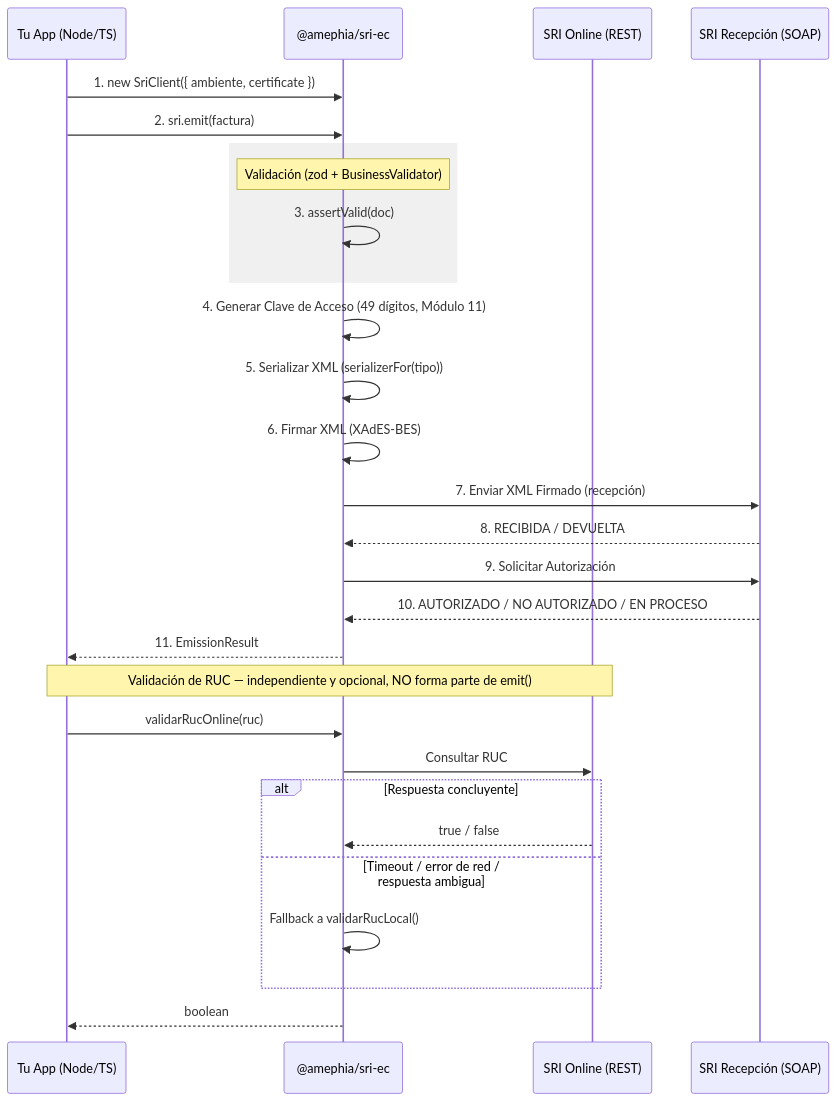
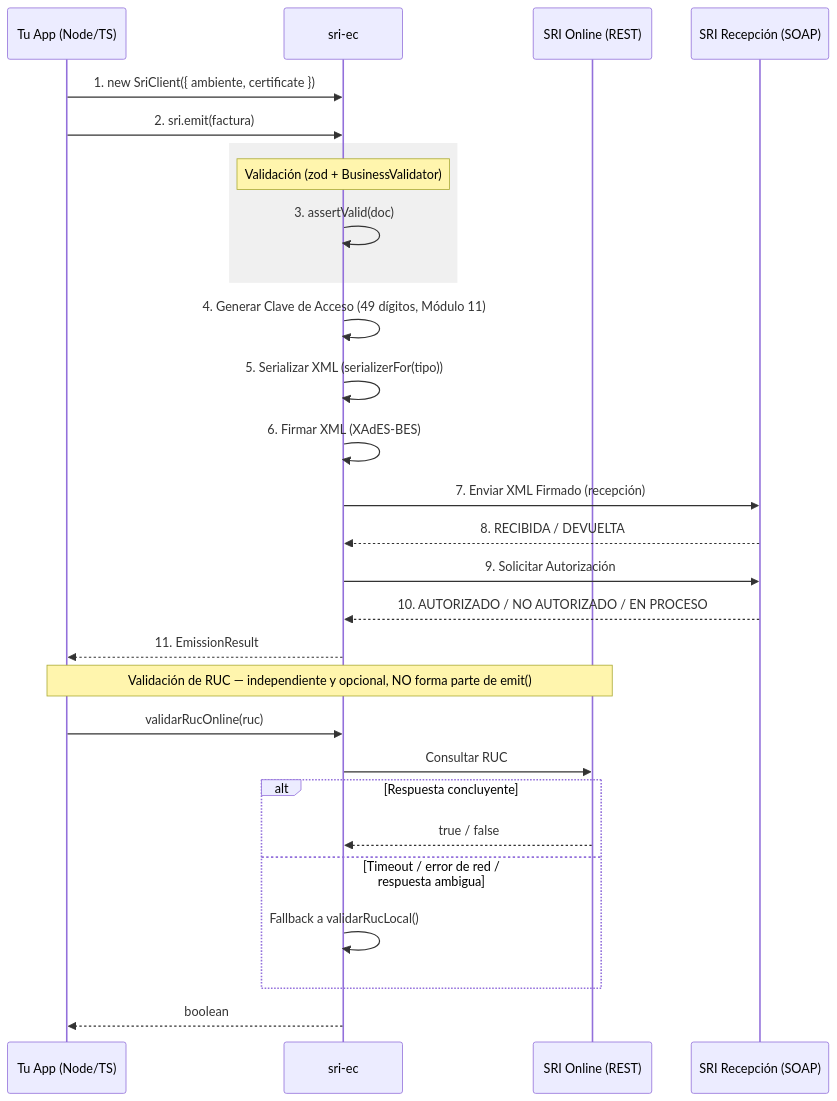
One commit to JonathanTeran/teran-sri-ec-node changed the diagram in README.md. Above: the diagram before and after it, drawn with Mermaid. The commit also changed other lines of this file and 19 other files, not shown here.

````diff
--- a/README.md
+++ b/README.md
@@ -57,37 +57,37 @@
 ```mermaid
 sequenceDiagram
     participant App as Tu App (Node/TS)
-    participant Lib as @amephia/sri-ec
+    participant Lib as sri-ec
     participant SRI_REST as SRI Online (REST)
     participant SRI_SOAP as SRI Recepción (SOAP)
 
     App->>Lib: 1. new SriClient({ ambiente, certificate })
     App->>Lib: 2. sri.emit(factura)
 
     rect rgb(240, 240, 240)
         Note over Lib: Validación (zod + BusinessValidator)
         Lib->>Lib: 3. assertValid(doc)
     end
 
     Lib->>Lib: 4. Generar Clave de Acceso (49 dígitos, Módulo 11)
     Lib->>Lib: 5. Serializar XML (serializerFor(tipo))
     Lib->>Lib: 6. Firmar XML (XAdES-BES)
 
     Lib->>SRI_SOAP: 7. Enviar XML Firmado (recepción)
     SRI_SOAP-->>Lib: 8. RECIBIDA / DEVUELTA
 
     Lib->>SRI_SOAP: 9. Solicitar Autorización
     SRI_SOAP-->>Lib: 10. AUTORIZADO / NO AUTORIZADO / EN PROCESO
 
     Lib-->>App: 11. EmissionResult
 
     Note over App,SRI_REST: Validación de RUC — independiente y opcional, NO forma parte de emit()
     App->>Lib: validarRucOnline(ruc)
     Lib->>SRI_REST: Consultar RUC
     alt Respuesta concluyente
         SRI_REST-->>Lib: true / false
     else Timeout / error de red / respuesta ambigua
         Lib->>Lib: Fallback a validarRucLocal()
     end
     Lib-->>App: boolean
 ```
````
